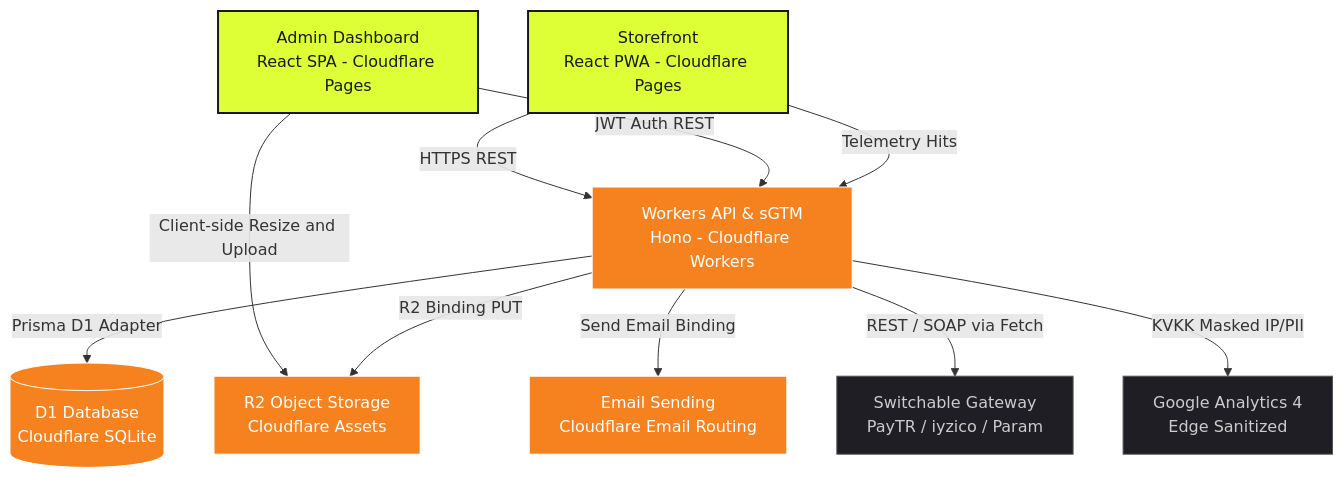
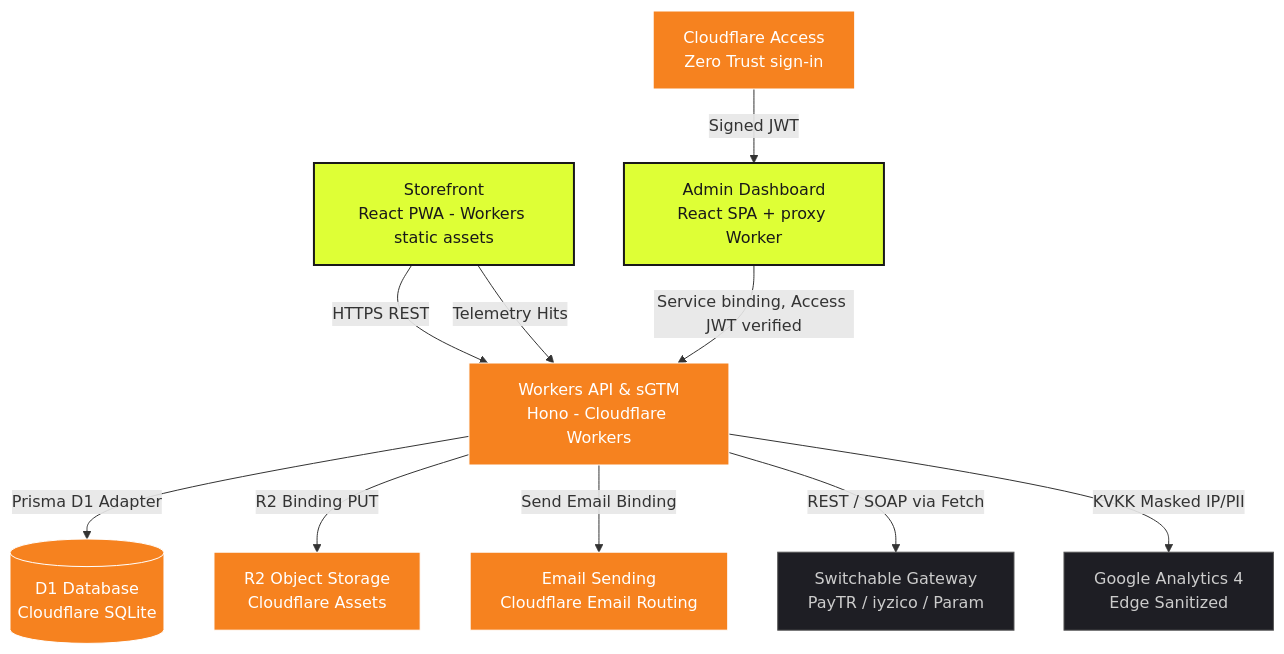
The diagram in README.md (yusufarbc/e-commerce-cloudflare), drawn with Mermaid before and after one commit. The commit also changed other lines of this file and 7 other files, not shown here.

````diff
--- a/README.md
+++ b/README.md
@@ -15,25 +15,26 @@
 ```mermaid
 graph TD
     classDef cfPages fill:#deff36,stroke:#191919,stroke-width:2px,color:#191919
     classDef cfWorkers fill:#f6821f,stroke:#fff,stroke-width:1px,color:#fff
     classDef external fill:#1e1e24,stroke:#555,stroke-width:1px,color:#ccc
 
-    Storefront["Storefront\nReact PWA - Cloudflare Pages"]:::cfPages
-    Admin["Admin Dashboard\nReact SPA - Cloudflare Pages"]:::cfPages
+    Storefront["Storefront\nReact PWA - Workers static assets"]:::cfPages
+    Access["Cloudflare Access\nZero Trust sign-in"]:::cfWorkers
+    Admin["Admin Dashboard\nReact SPA + proxy Worker"]:::cfPages
     API["Workers API & sGTM\nHono - Cloudflare Workers"]:::cfWorkers
     D1[("D1 Database\nCloudflare SQLite")]:::cfWorkers
     R2["R2 Object Storage\nCloudflare Assets"]:::cfWorkers
     Email["Email Sending\nCloudflare Email Routing"]:::cfWorkers
     Gateways["Switchable Gateway\nPayTR / iyzico / Param"]:::external
     GA4["Google Analytics 4\nEdge Sanitized"]:::external
 
     Storefront -->|HTTPS REST| API
-    Admin -->|JWT Auth REST| API
-    Admin -->|Client-side Resize and Upload| R2
+    Access -->|Signed JWT| Admin
+    Admin -->|Service binding, Access JWT verified| API
     API -->|Prisma D1 Adapter| D1
     API -->|R2 Binding PUT| R2
     API -->|Send Email Binding| Email
     API -->|REST / SOAP via Fetch| Gateways
     Storefront -->|Telemetry Hits| API
     API -->|KVKK Masked IP/PII| GA4
 ```
````
